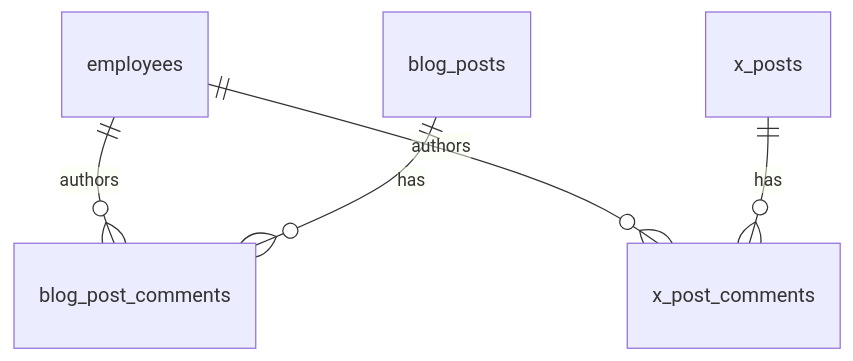
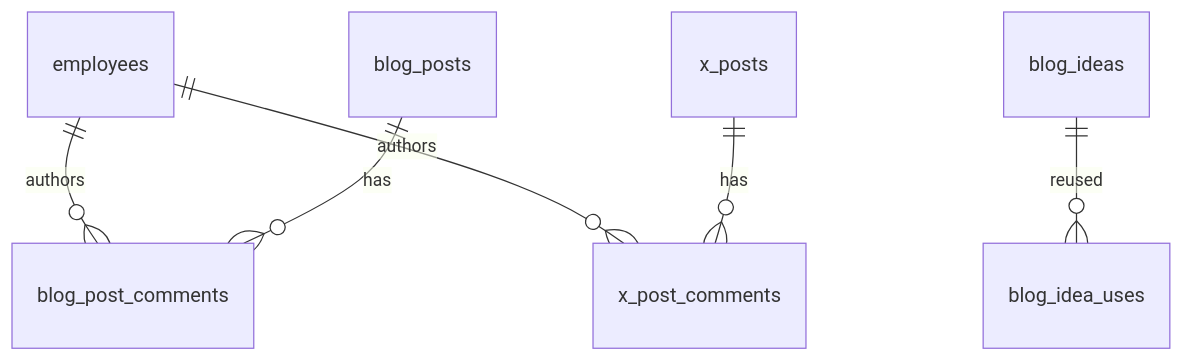
The second of 4 diagrams in docs/database.md (ssstakahashi/ai-org), drawn with Mermaid before and after one commit. The commit also changed other lines of this file and 16 other files, not shown here.

````diff
--- a/docs/database.md
+++ b/docs/database.md
@@ -31,7 +31,8 @@
 ```mermaid
 erDiagram
   employees ||--o{ blog_post_comments : authors
   employees ||--o{ x_post_comments : authors
   blog_posts ||--o{ blog_post_comments : has
   x_posts ||--o{ x_post_comments : has
+  blog_ideas ||--o{ blog_idea_uses : reused
 ```
````
